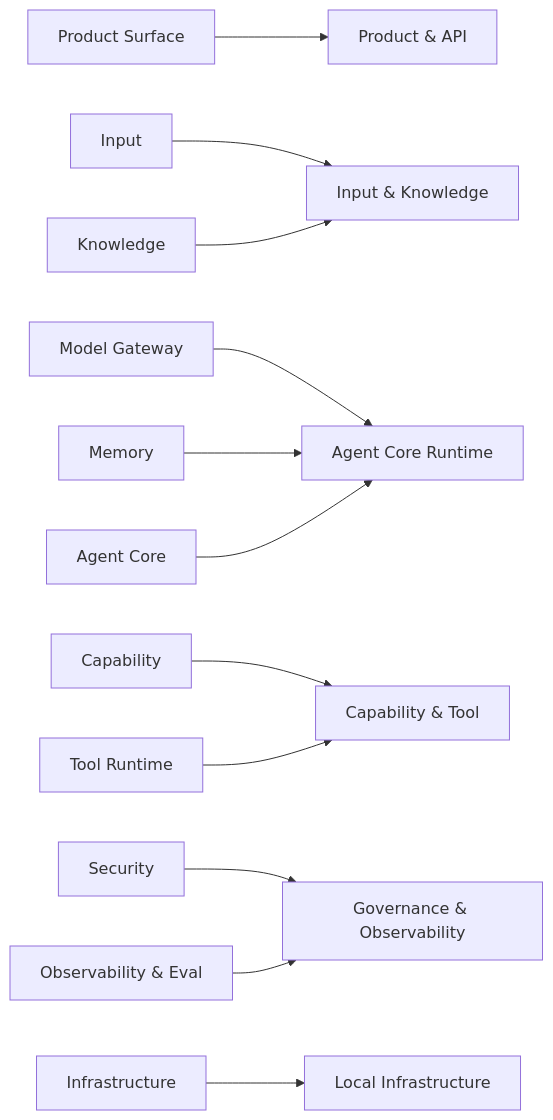
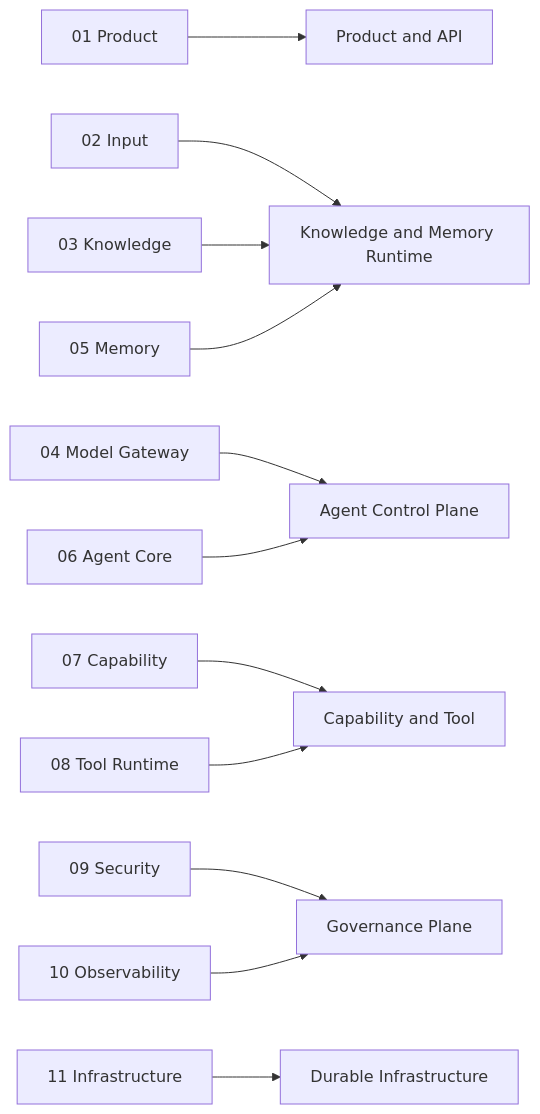
Before and after one commit to ProfessorZhi/Zuno: diagram 16 of 30 in docs/architecture/architecture-views.md, drawn with Mermaid. The commit also changed other lines of this file and 14 other files, not shown here.

Commit message:
docs: align total architecture with canonical module designs

````diff
--- a/docs/architecture/architecture-views.md
+++ b/docs/architecture/architecture-views.md
@@ -307,14 +264,14 @@
 ```mermaid
 flowchart LR
-  PS[Product Surface] --> PA[Product & API]
-  IN[Input] --> IK[Input & Knowledge]
-  KN[Knowledge] --> IK
-  MG[Model Gateway] --> AR[Agent Core Runtime]
-  MM[Memory] --> AR
-  AC[Agent Core] --> AR
-  CP[Capability] --> CT[Capability & Tool]
-  TR[Tool Runtime] --> CT
-  SEC[Security] --> GO[Governance & Observability]
-  OBS[Observability & Eval] --> GO
-  INF[Infrastructure] --> LI[Local Infrastructure]
+  PS[01 Product] --> PD[Product and API]
+  IN[02 Input] --> KD[Knowledge and Memory Runtime]
+  KN[03 Knowledge] --> KD
+  MG[04 Model Gateway] --> AC[Agent Control Plane]
+  MM[05 Memory] --> KD
+  AG[06 Agent Core] --> AC
+  CP[07 Capability] --> TD[Capability and Tool]
+  TR[08 Tool Runtime] --> TD
+  SEC[09 Security] --> GD[Governance Plane]
+  OBS[10 Observability] --> GD
+  INF[11 Infrastructure] --> ID[Durable Infrastructure]
 ```
````
